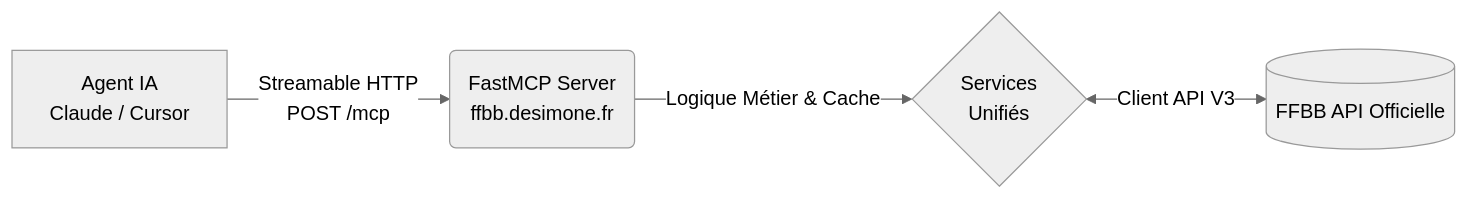
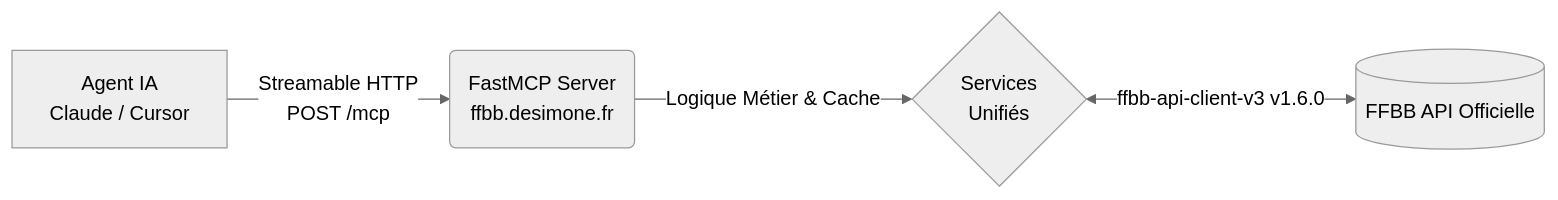
The diagram in README.md (nickdesi/FFBB-MCP-Server), drawn with Mermaid (neutral theme) before and after one commit. The commit also changed other lines of this file, not shown here.

Commit message:
docs: update README for v1.6.0 + auto-sync pipeline with FFBBApiClientV3

````diff
--- a/README.md
+++ b/README.md
@@ -122,6 +143,6 @@
 ```mermaid
 flowchart LR
     A["Agent IA\nClaude / Cursor"] -->|"Streamable HTTP\nPOST /mcp"| B("FastMCP Server\nffbb.desimone.fr")
     B -->|"Logique Métier & Cache"| C{"Services\nUnifiés"}
-    C <-->|"Client API V3"| D[("FFBB API Officielle")]
+    C <-->|"ffbb-api-client-v3 v1.6.0"| D[("FFBB API Officielle")]
 ```
````
